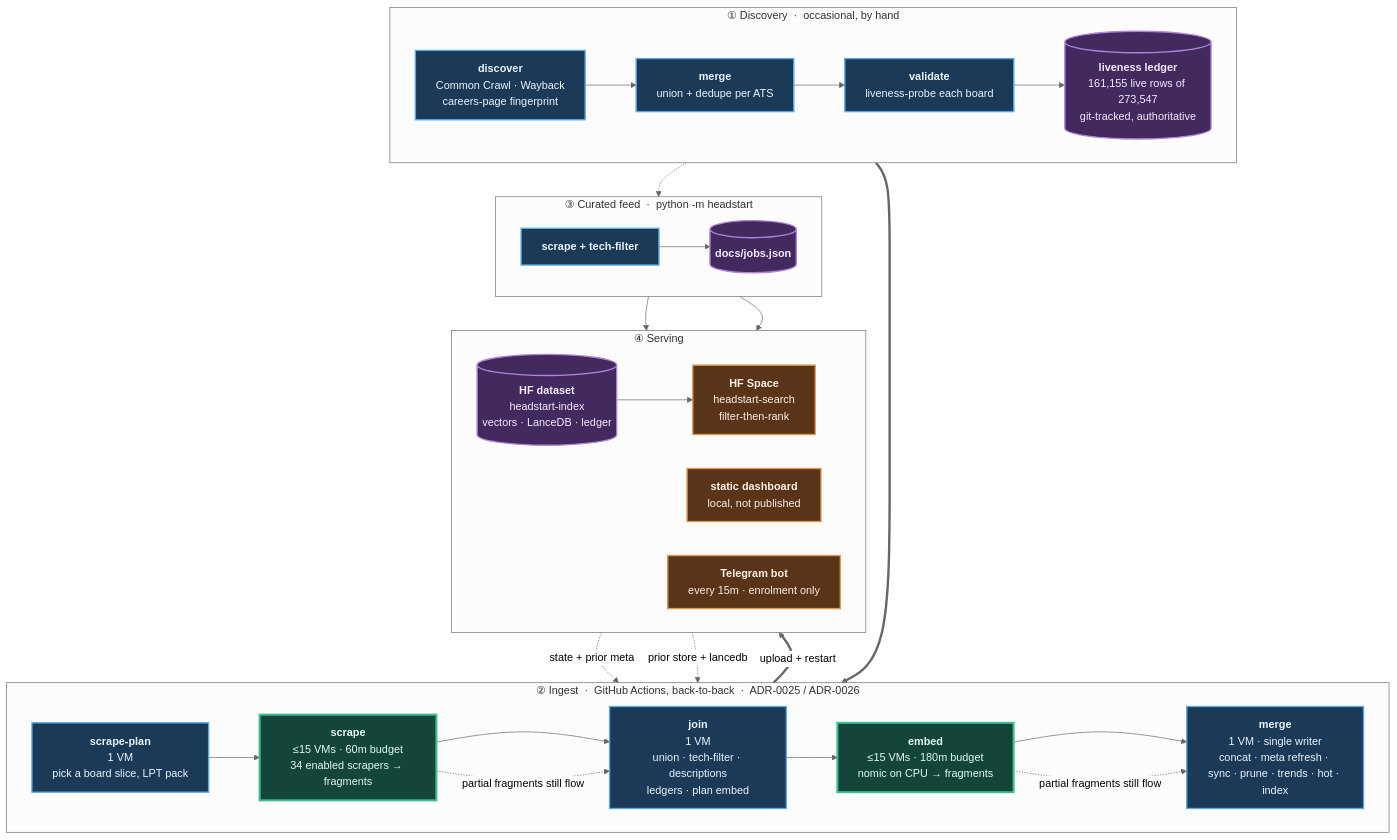
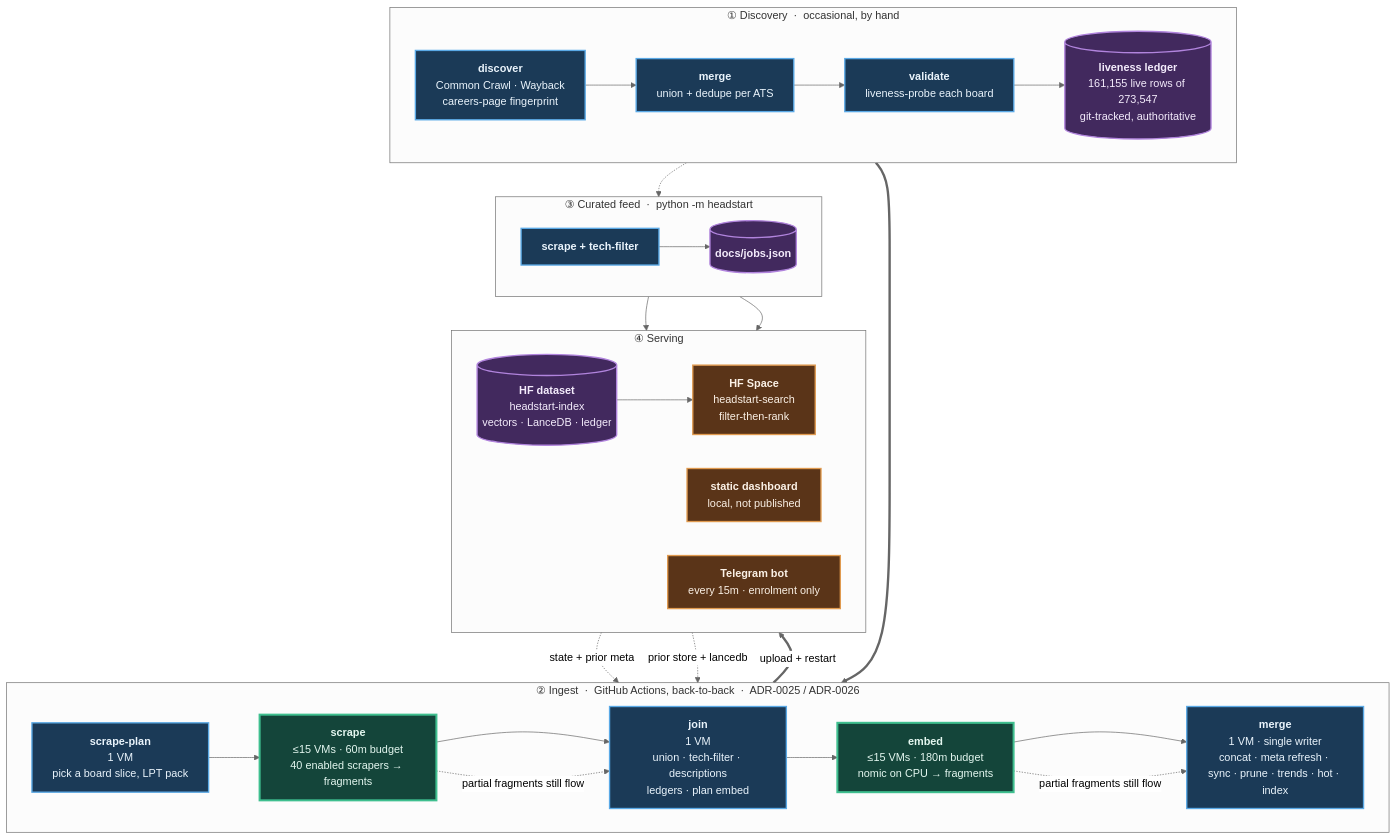
Before and after one commit to sarthakjain004/headstart: the diagram in README.md, drawn with Mermaid (neutral theme). The commit also changed other lines of this file and 3 other files, not shown here.

````diff
--- a/README.md
+++ b/README.md
@@ -171,56 +171,56 @@
 ```mermaid
 flowchart TB
     subgraph D["① Discovery &nbsp;·&nbsp; occasional, by hand"]
         direction LR
         D1["<b>discover</b><br/>Common Crawl · Wayback<br/>careers-page fingerprint"]
         D2["<b>merge</b><br/>union + dedupe per ATS"]
         D3["<b>validate</b><br/>liveness-probe each board"]
         D4[("<b>liveness ledger</b><br/>161,155 live rows of 273,547<br/>git-tracked, authoritative")]
         D1 --> D2 --> D3 --> D4
     end
 
     subgraph P["② Ingest &nbsp;·&nbsp; GitHub Actions, back-to-back &nbsp;·&nbsp; ADR-0025 / ADR-0026"]
         direction LR
         P1["<b>scrape-plan</b><br/>1 VM<br/>pick a board slice, LPT pack"]
-        P2["<b>scrape</b><br/>≤15 VMs · 60m budget<br/>34 enabled scrapers → fragments"]
+        P2["<b>scrape</b><br/>≤15 VMs · 60m budget<br/>40 enabled scrapers → fragments"]
         P3["<b>join</b><br/>1 VM<br/>union · tech-filter · descriptions<br/>ledgers · plan embed"]
         P4["<b>embed</b><br/>≤15 VMs · 180m budget<br/>nomic on CPU → fragments"]
         P5["<b>merge</b><br/>1 VM · single writer<br/>concat · meta refresh · sync · prune · trends · hot · index"]
         P1 --> P2 --> P3 --> P4 --> P5
     end
 
     subgraph F["③ Curated feed &nbsp;·&nbsp; python -m headstart"]
         direction LR
         F1["<b>scrape + tech-filter</b>"]
         F2[("<b>docs/jobs.json</b>")]
         F1 --> F2
     end
 
     subgraph S["④ Serving"]
         direction LR
         S1[("<b>HF dataset</b><br/>headstart-index<br/>vectors · LanceDB · ledger")]
         S2["<b>HF Space</b><br/>headstart-search<br/>filter-then-rank"]
         S3["<b>static dashboard</b><br/>local, not published"]
         S4["<b>Telegram bot</b><br/>every 15m · enrolment only"]
         S1 --> S2
     end
 
     D4 ==> P1
     S1 -. "state + prior meta" .-> P1
     S1 -. "prior store + lancedb" .-> P5
     D4 -.-> F1
     P5 ==>|"upload + restart"| S1
     F2 --> S3
     F2 --> S4
     P2 -. "partial fragments still flow" .-> P3
     P4 -. "partial fragments still flow" .-> P5
 
     classDef serial fill:#1b3a57,stroke:#5aa9e6,stroke-width:2px,color:#eaf4fc
     classDef fan fill:#14453a,stroke:#3fbf8f,stroke-width:3px,color:#e4f7f0
     classDef store fill:#42295e,stroke:#b184dd,stroke-width:2px,color:#f4ecfc
     classDef serve fill:#5a3418,stroke:#e09a4f,stroke-width:2px,color:#fbf1e6
     class D1,D2,D3,P1,P3,P5,F1 serial
     class P2,P4 fan
     class D4,F2,S1 store
     class S2,S3,S4 serve
 ```
````
